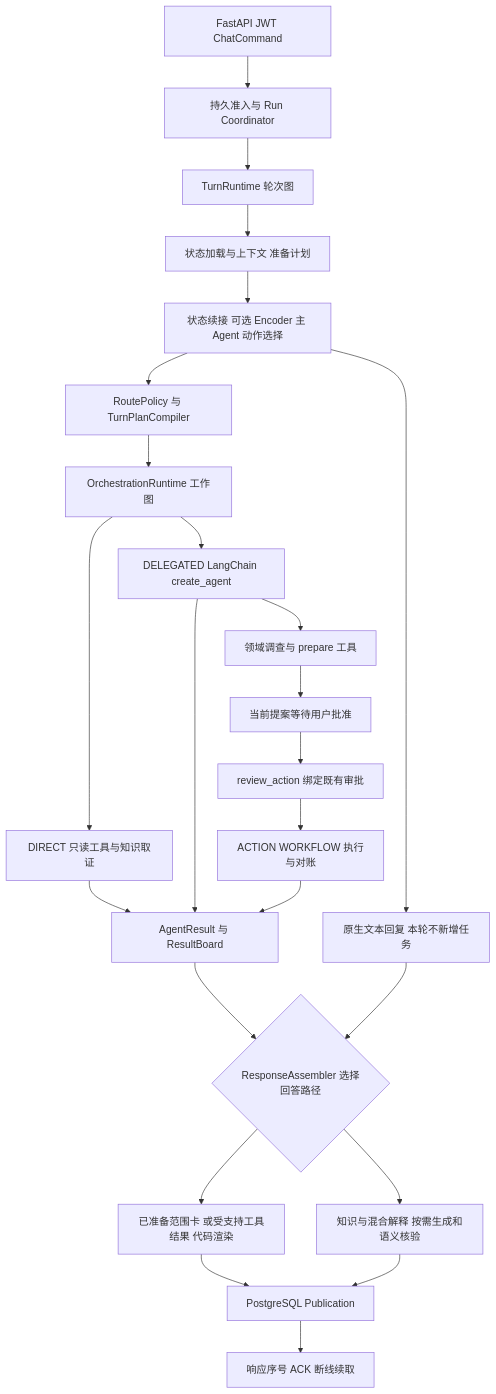
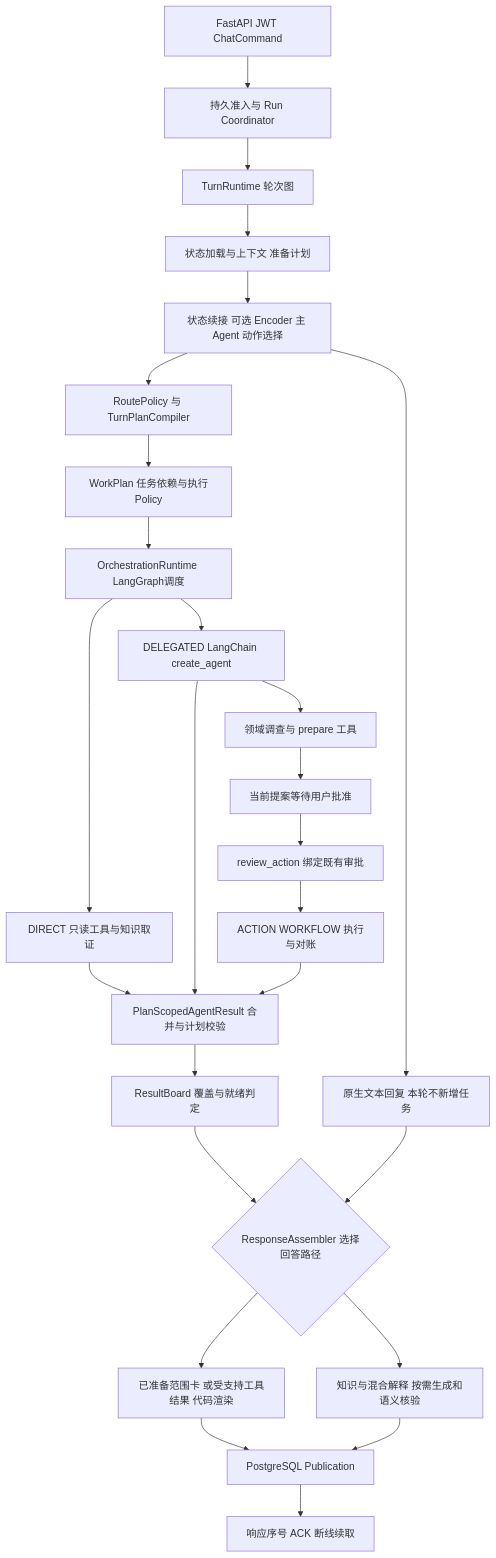
Before and after one commit to Garrulus21yyx/DialogPilot: the diagram in docs/_includes/architecture-handbook-current.md, drawn with Mermaid. The commit also changed other lines of this file and 10 other files, not shown here.

Commit message:
docs: explain unified WorkPlan and plan-scoped graph results

````diff
--- a/docs/_includes/architecture-handbook-current.md
+++ b/docs/_includes/architecture-handbook-current.md
@@ -64,26 +64,28 @@
 ```mermaid
 flowchart TD
   HTTP[FastAPI JWT ChatCommand] --> RUN[持久准入与 Run Coordinator]
   RUN --> TURN[TurnRuntime 轮次图]
   TURN --> PREP[状态加载与上下文 准备计划]
   PREP --> UNDER[状态续接 可选 Encoder 主 Agent 动作选择]
   UNDER --> TEXT[原生文本回复 本轮不新增任务]
   UNDER --> POLICY[RoutePolicy 与 TurnPlanCompiler]
-  POLICY --> WORK[OrchestrationRuntime 工作图]
+  POLICY --> PLAN[WorkPlan 任务依赖与执行Policy]
+  PLAN --> WORK[OrchestrationRuntime LangGraph调度]
   WORK --> DIRECT[DIRECT 只读工具与知识取证]
   WORK --> DOMAIN[DELEGATED LangChain create_agent]
   DOMAIN --> PREPARE[领域调查与 prepare 工具]
   PREPARE --> WAIT[当前提案等待用户批准]
   WAIT --> DECISION[review_action 绑定既有审批]
   DECISION --> WRITE[ACTION WORKFLOW 执行与对账]
-  DIRECT --> BOARD[AgentResult 与 ResultBoard]
-  DOMAIN --> BOARD
-  WRITE --> BOARD
+  DIRECT --> SCOPED[PlanScopedAgentResult 合并与计划校验]
+  DOMAIN --> SCOPED
+  WRITE --> SCOPED
+  SCOPED --> BOARD[ResultBoard 覆盖与就绪判定]
   BOARD --> RESPONSE{ResponseAssembler 选择回答路径}
   TEXT --> RESPONSE
   RESPONSE --> RENDER[已准备范围卡 或受支持工具结果 代码渲染]
   RESPONSE --> SEMANTIC[知识与混合解释 按需生成和语义核验]
   RENDER --> PUB[PostgreSQL Publication]
   SEMANTIC --> PUB
   PUB --> ACK[响应序号 ACK 断线续取]
 ```
````
